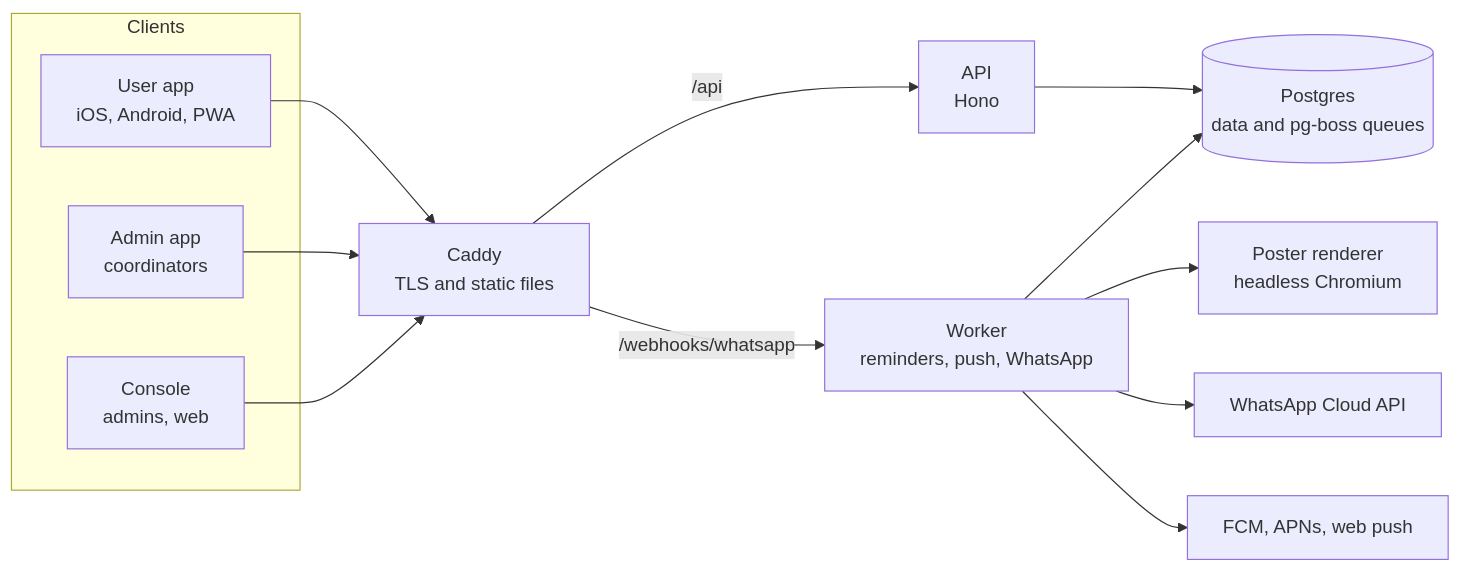
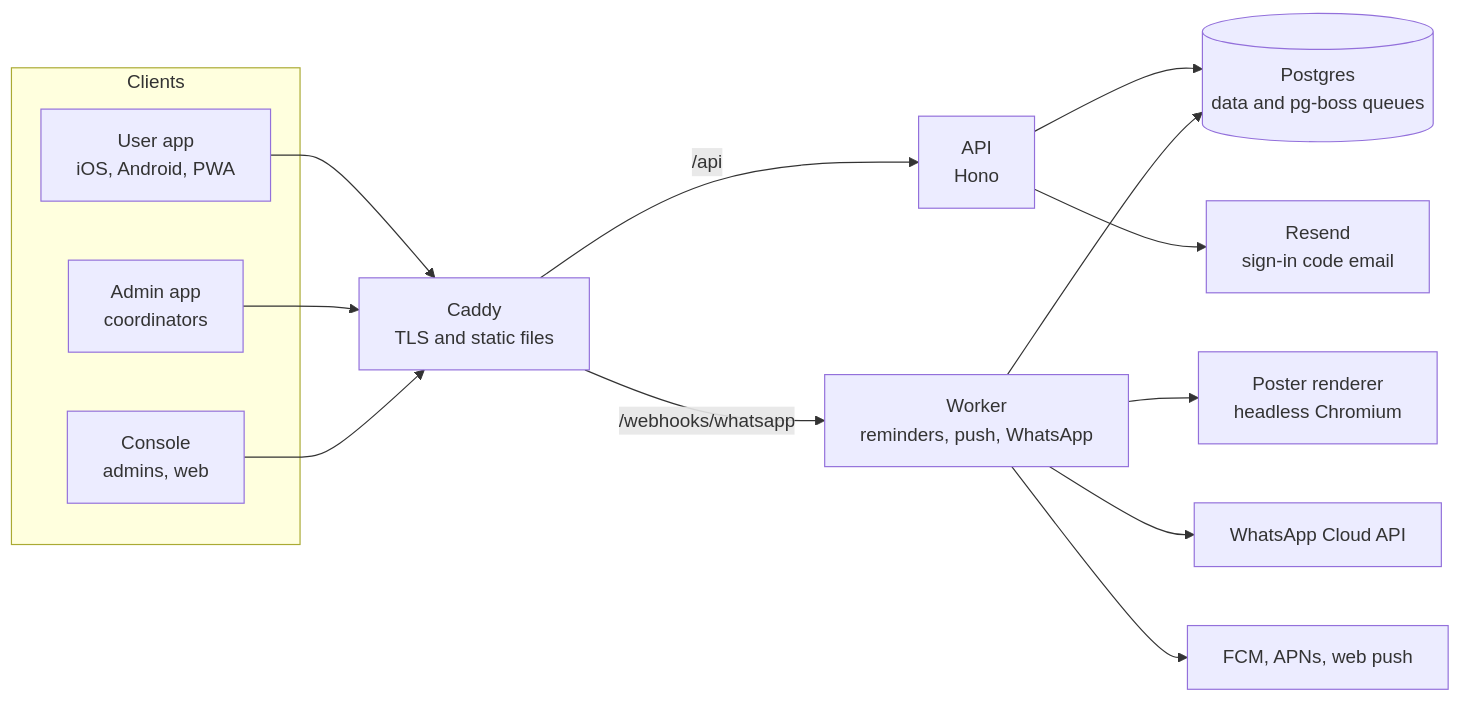
The diagram in README.md (usmankhan4001/quran-circles), drawn with Mermaid before and after one commit. The commit also changed other lines of this file and 17 other files, not shown here.

````diff
--- a/README.md
+++ b/README.md
@@ -17,26 +60,28 @@
 ```mermaid
 flowchart LR
   subgraph Clients
     UA[User app<br/>iOS, Android, PWA]
     AA[Admin app<br/>coordinators]
     CO[Console<br/>admins, web]
   end
   Caddy[Caddy<br/>TLS and static files]
   API[API<br/>Hono]
   W[Worker<br/>reminders, push, WhatsApp]
   PR[Poster renderer<br/>headless Chromium]
   DB[(Postgres<br/>data and pg-boss queues)]
+  Mail[Resend<br/>sign-in code email]
   Meta[WhatsApp Cloud API]
   Push[FCM, APNs, web push]
 
   UA --> Caddy
   AA --> Caddy
   CO --> Caddy
   Caddy -->|/api| API
   Caddy -->|/webhooks/whatsapp| W
   API --> DB
+  API --> Mail
   W --> DB
   W --> PR
   W --> Meta
   W --> Push
 ```
````
